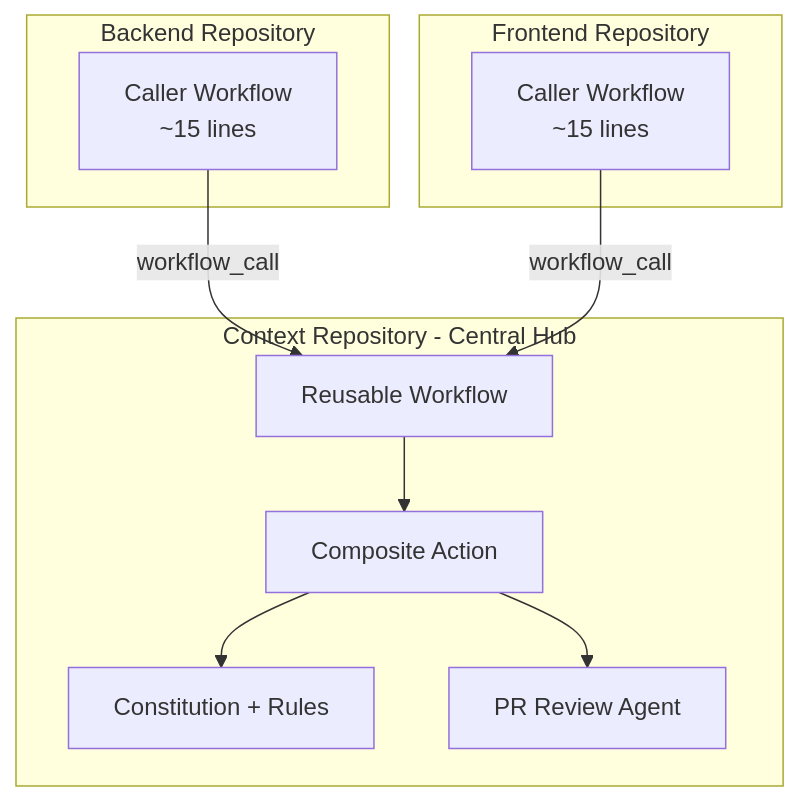
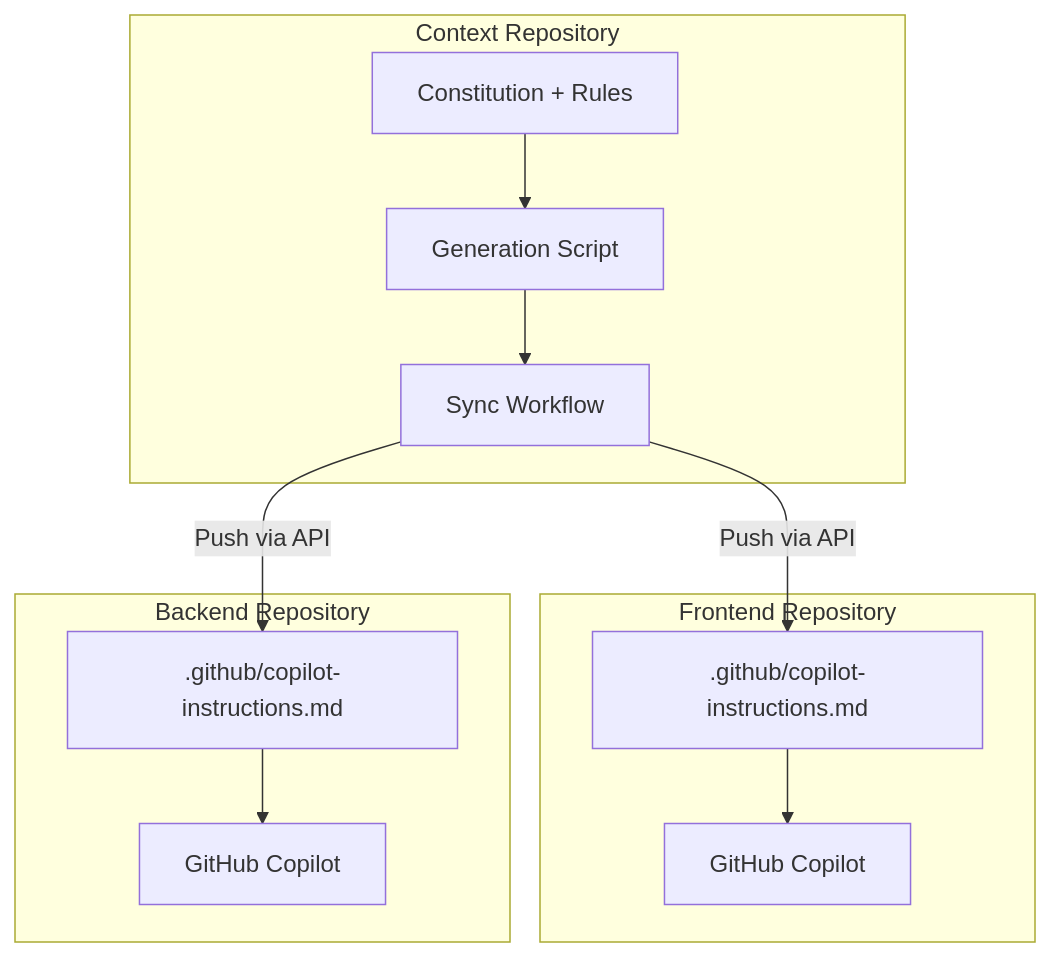
One commit to angusmccloud/inventory-management-context changed the second of 3 diagrams in docs/COPILOT-PR-REVIEW.md. Above: the diagram before and after it, drawn with Mermaid. The commit also changed other lines of this file and 7 other files, not shown here.

````diff
--- a/docs/COPILOT-PR-REVIEW.md
+++ b/docs/COPILOT-PR-REVIEW.md
@@ -242,23 +202,25 @@
 ```mermaid
 flowchart TD
-    subgraph Context[Context Repository - Central Hub]
-        RW[Reusable Workflow]
-        CA[Composite Action]
+    subgraph Context[Context Repository]
         Rules[Constitution + Rules]
-        Agent[PR Review Agent]
+        Script[Generation Script]
+        Sync[Sync Workflow]
+    end
+    
+    subgraph Frontend[Frontend Repository]
+        FInst[.github/copilot-instructions.md]
+        FCopilot[GitHub Copilot]
     end
     
     subgraph Backend[Backend Repository]
-        BWC[Caller Workflow<br/>~15 lines]
+        BInst[.github/copilot-instructions.md]
+        BCopilot[GitHub Copilot]
     end
     
-    subgraph Frontend[Frontend Repository]
-        FWC[Caller Workflow<br/>~15 lines]
-    end
-    
-    BWC -->|workflow_call| RW
-    FWC -->|workflow_call| RW
-    RW --> CA
-    CA --> Rules
-    CA --> Agent
+    Rules --> Script
+    Script --> Sync
+    Sync -->|Push via API| FInst
+    Sync -->|Push via API| BInst
+    FInst --> FCopilot
+    BInst --> BCopilot
 ```
````
